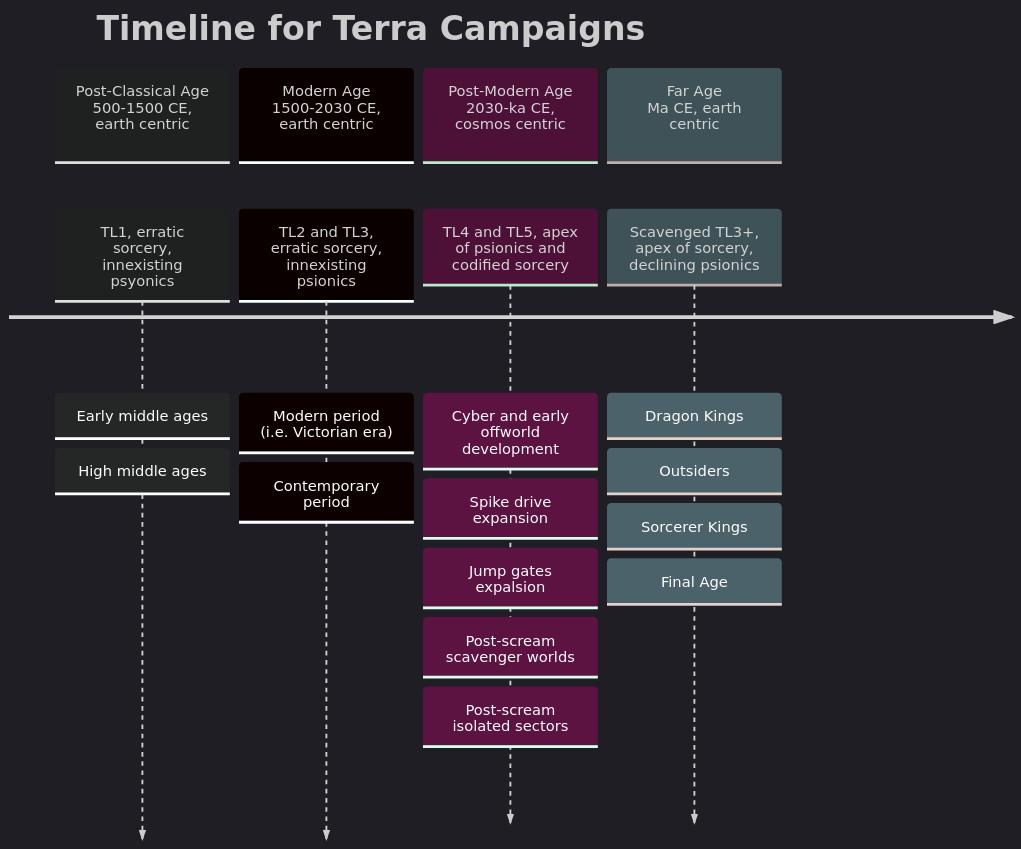
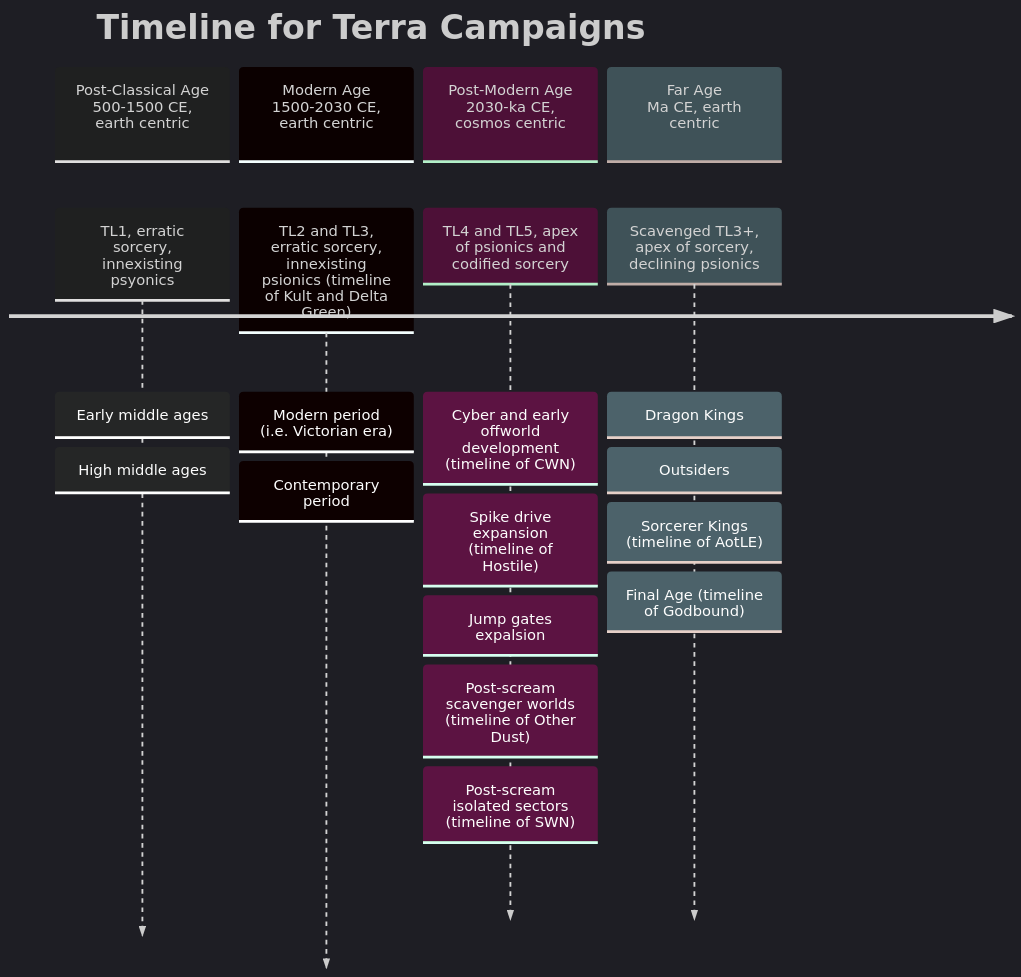
One commit to efsalvarenga/arrival_pcs changed the first of 2 diagrams in README.md. Above: the diagram before and after it, drawn with Mermaid. The commit also changed other lines of this file, not shown here.

````diff
--- a/README.md
+++ b/README.md
@@ -3,26 +3,26 @@
 ```mermaid
 %%{init: { 'logLevel': 'debug', 'theme': 'dark' } }%%
 timeline
         title Timeline for Terra Campaigns
 		section Post-Classical Age <br> 500-1500 CE, earth centric
 			TL1, erratic sorcery, innexisting psyonics
 			: Early middle ages
 			: High middle ages
 		section Modern Age <br> 1500-2030 CE, earth centric
-			TL2 and TL3, erratic sorcery, innexisting psionics
+			TL2 and TL3, erratic sorcery, innexisting psionics (timeline of Kult and Delta Green)
 			: Modern period (i.e. Victorian era)
 			: Contemporary period
 		section Post-Modern Age <br> 2030-ka CE, cosmos centric
 			TL4 and TL5, apex of psionics and codified sorcery
-			: Cyber and early offworld development
-			: Spike drive expansion
+			: Cyber and early offworld development (timeline of CWN)
+			: Spike drive expansion (timeline of Hostile)
 			: Jump gates expalsion
-			: Post-scream scavenger worlds
-			: Post-scream isolated sectors
+			: Post-scream scavenger worlds (timeline of Other Dust)
+			: Post-scream isolated sectors (timeline of SWN)
 		section Far Age <br> Ma CE, earth centric
 			Scavenged TL3+, apex of sorcery, declining psionics
 			: Dragon Kings
 			: Outsiders
-			: Sorcerer Kings
-			: Final Age
+			: Sorcerer Kings (timeline of AotLE)
+			: Final Age (timeline of Godbound)
 ```
````
